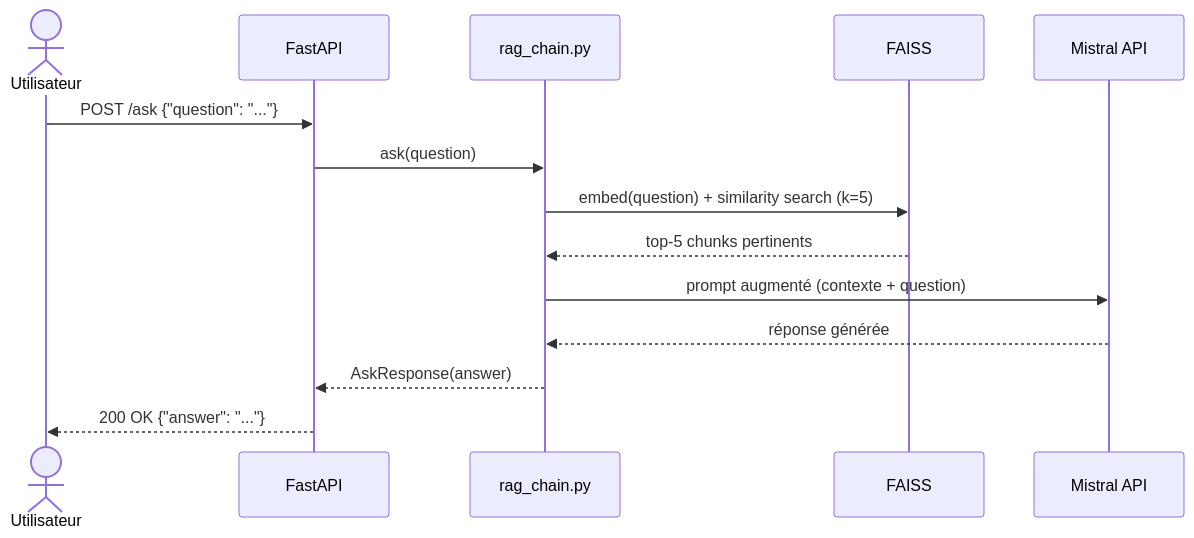
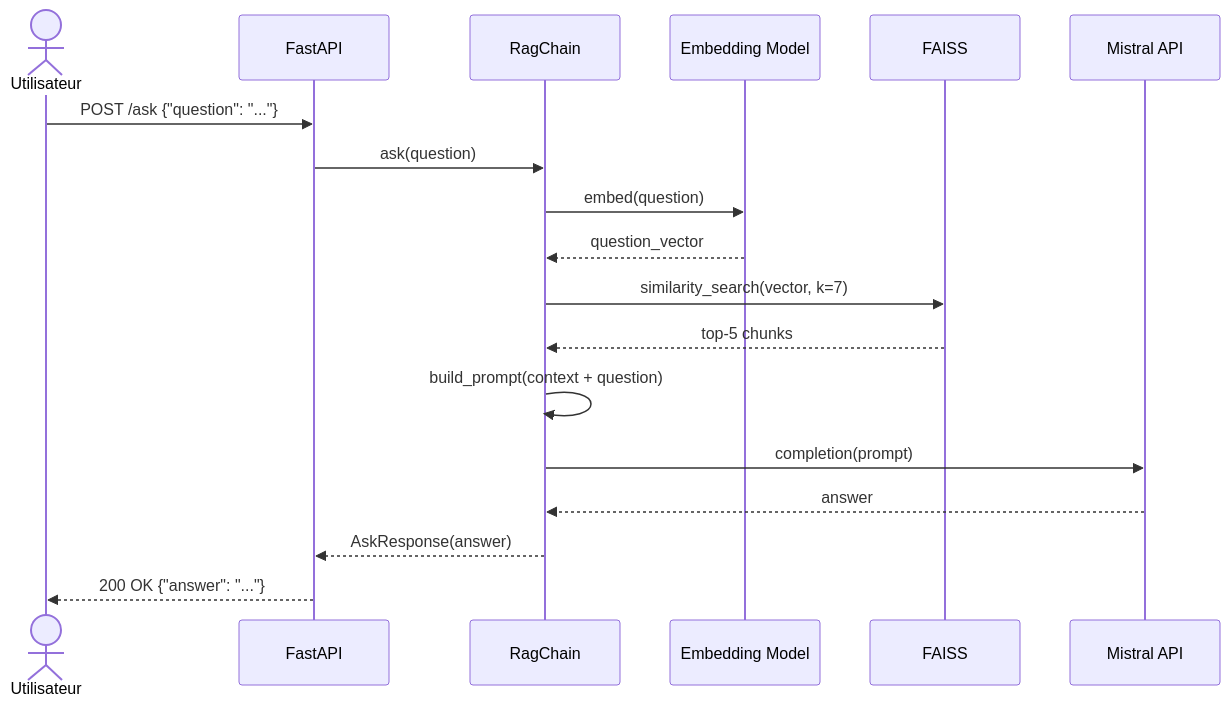
The diagram in docs/rapport_technique.md (RaphaelRIVIERE/poc-rag), drawn with Mermaid before and after one commit. The commit also changed other lines of this file and 6 other files, not shown here.

````diff
--- a/docs/rapport_technique.md
+++ b/docs/rapport_technique.md
@@ -101,17 +661,26 @@
 ```mermaid
 sequenceDiagram
     actor U as Utilisateur
     participant API as FastAPI
-    participant RAG as rag_chain.py
+    participant RAG as RagChain
+    participant E as Embedding Model
     participant F as FAISS
     participant M as Mistral API
 
     U->>API: POST /ask {"question": "..."}
     API->>RAG: ask(question)
-    RAG->>F: embed(question) + similarity search (k=5)
-    F-->>RAG: top-5 chunks pertinents
-    RAG->>M: prompt augmenté (contexte + question)
-    M-->>RAG: réponse générée
+
+    RAG->>E: embed(question)
+    E-->>RAG: question_vector
+
+    RAG->>F: similarity_search(vector, k=7)
+    F-->>RAG: top-5 chunks
+
+    RAG->>RAG: build_prompt(context + question)
+
+    RAG->>M: completion(prompt)
+    M-->>RAG: answer
+
     RAG-->>API: AskResponse(answer)
     API-->>U: 200 OK {"answer": "..."}
 ```
````
